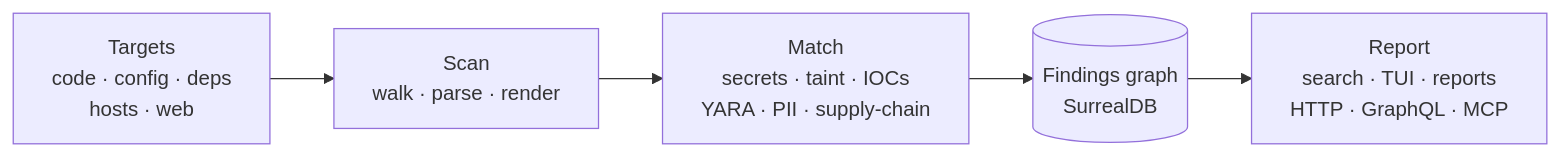
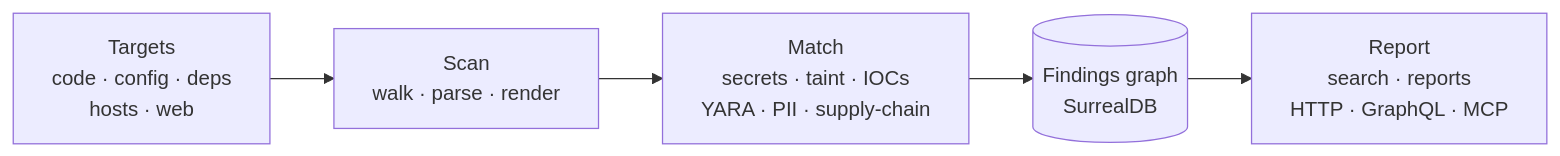
Before and after one commit to rangertaha/exfil: the diagram in README.md, drawn with Mermaid. The commit also changed other lines of this file and 38 other files, not shown here.

````diff
--- a/README.md
+++ b/README.md
@@ -14,7 +14,7 @@
 ```mermaid
 flowchart LR
     T["Targets<br/>code · config · deps<br/>hosts · web"] --> S["Scan<br/>walk · parse · render"]
     S --> M["Match<br/>secrets · taint · IOCs<br/>YARA · PII · supply-chain"]
     M --> G[("Findings graph<br/>SurrealDB")]
-    G --> R["Report<br/>search · TUI · reports<br/>HTTP · GraphQL · MCP"]
+    G --> R["Report<br/>search · reports<br/>HTTP · GraphQL · MCP"]
 ```
````
